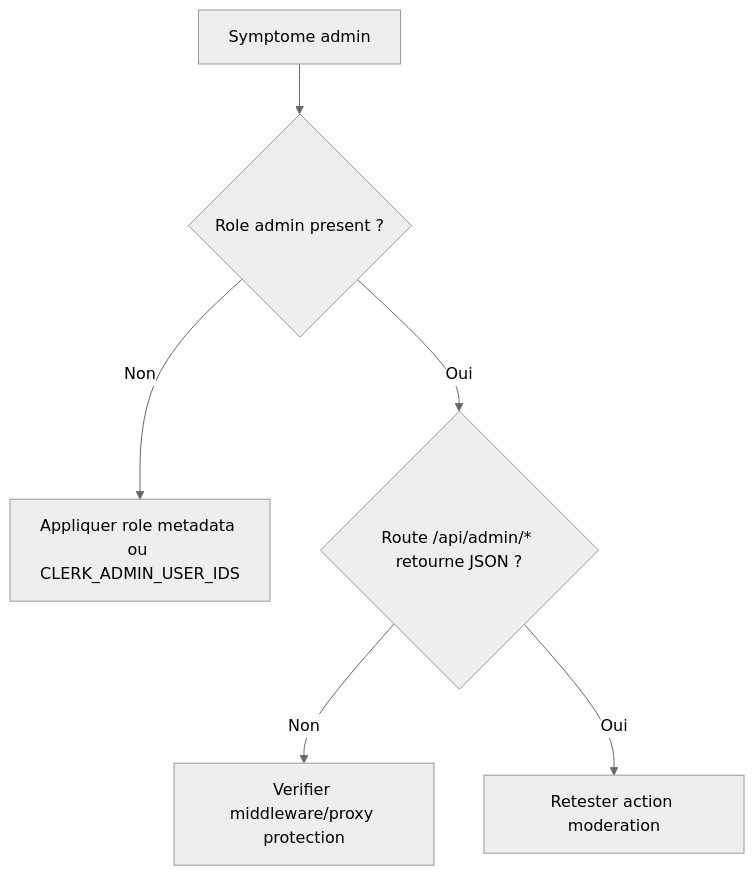
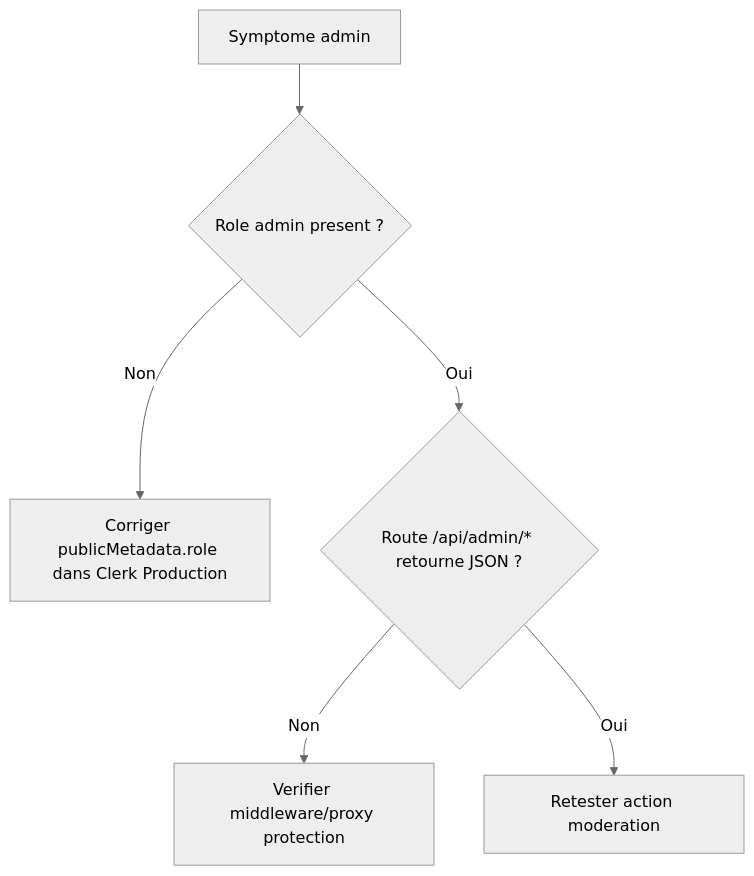
The third of 6 diagrams in documentation/operations/incidents-frequents-et-reprise.md (maxd4/CleanmyMap), drawn with Mermaid (neutral theme) before and after one commit. The commit also changed 42 other files, not shown here.

````diff
--- a/documentation/operations/incidents-frequents-et-reprise.md
+++ b/documentation/operations/incidents-frequents-et-reprise.md
@@ -36,8 +36,8 @@
 ```mermaid
 flowchart TD
   A[Symptome admin] --> B{Role admin present ?}
-  B -- Non --> B1[Appliquer role metadata ou CLERK_ADMIN_USER_IDS]
+  B -- Non --> B1[Corriger publicMetadata.role dans Clerk Production]
   B -- Oui --> C{Route /api/admin/* retourne JSON ?}
   C -- Non --> C1[Verifier middleware/proxy protection]
   C -- Oui --> D[Retester action moderation]
 ```
````
